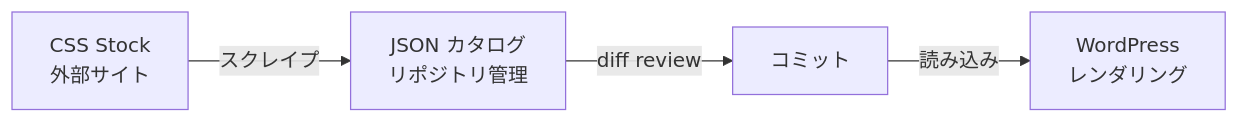
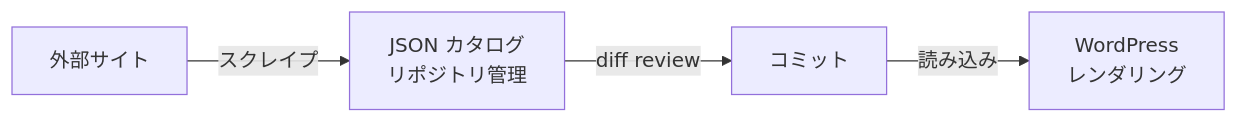
Before and after one commit to kouiso/design-inserter: the second of 2 diagrams in docs/specifications.md, drawn with Mermaid. The commit also changed other lines of this file and 26 other files, not shown here.

First line of the commit message:
chore: ブランド名「CSS Stock」を全ファイルから削除し汎用表記に置換 (#74)

````diff
--- a/docs/specifications.md
+++ b/docs/specifications.md
@@ -210,6 +210,6 @@
 ```mermaid
 graph LR
-    A[CSS Stock<br/>外部サイト] -->|スクレイプ| B[JSON カタログ<br/>リポジトリ管理]
+    A[外部サイト] -->|スクレイプ| B[JSON カタログ<br/>リポジトリ管理]
     B -->|diff review| C[コミット]
     C -->|読み込み| D[WordPress<br/>レンダリング]
 ```
````
